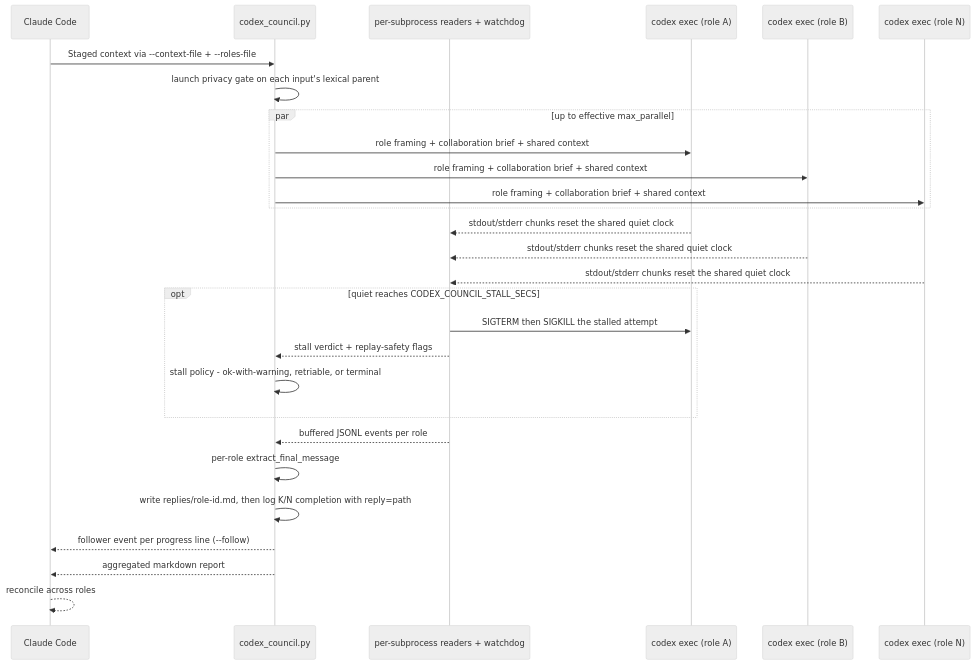
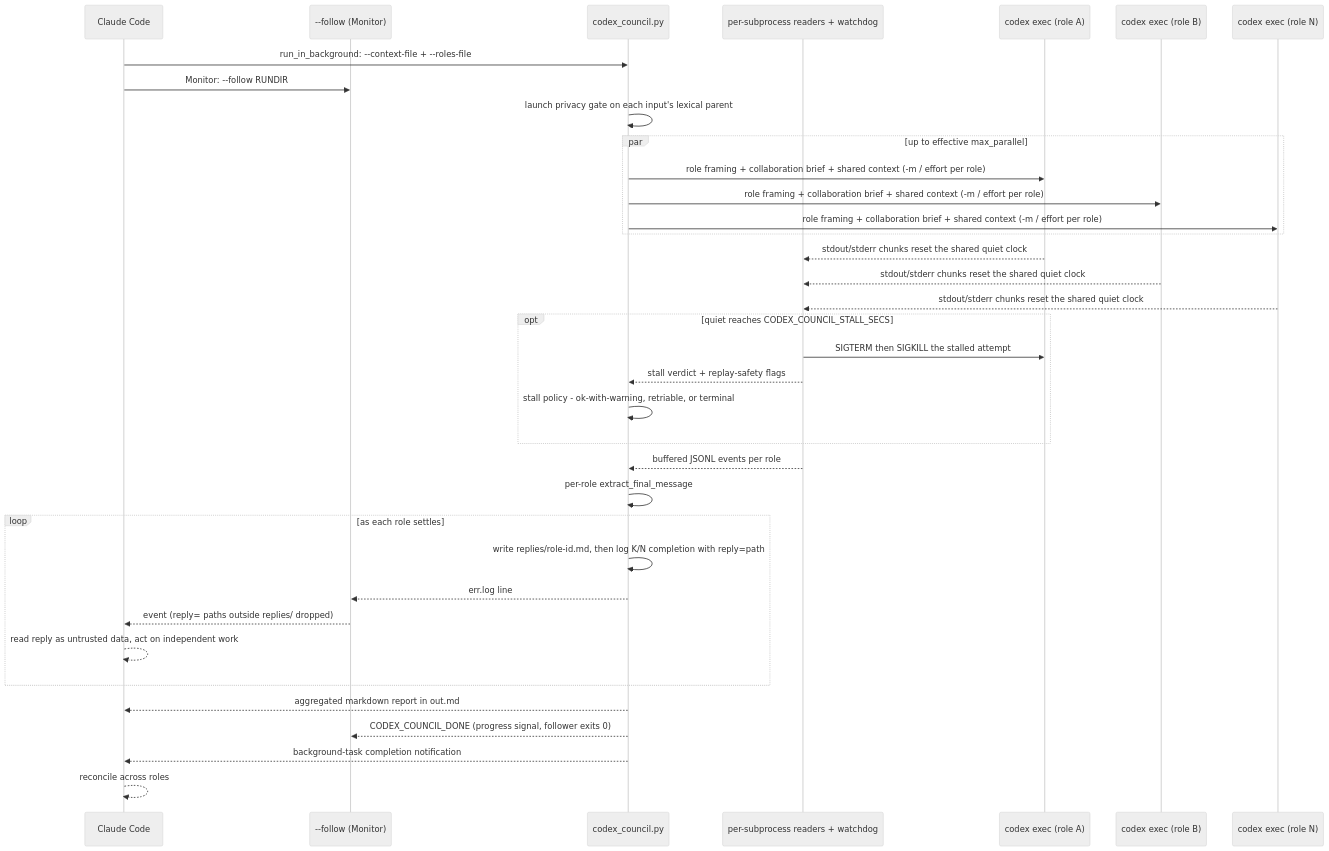
One commit to ehzawad/codex-council changed the first of 3 diagrams in DESIGN.md. Above: the diagram before and after it, drawn with Mermaid (neutral theme). The commit also changed other lines of this file and 1 other file, not shown here.

Commit message:
Refresh README/DESIGN diagrams for v0.10.0: follower, reply files, per-role model/effort, task-notification finalization

````diff
--- a/DESIGN.md
+++ b/DESIGN.md
@@ -122,31 +122,39 @@
 ```mermaid
 sequenceDiagram
     participant C as Claude Code
+    participant F as --follow (Monitor)
     participant T as codex_council.py
     participant R as per-subprocess readers + watchdog
     participant A as codex exec (role A)
     participant B as codex exec (role B)
     participant N as codex exec (role N)
 
-    C->>T: Staged context via --context-file + --roles-file
+    C->>T: run_in_background: --context-file + --roles-file
+    C->>F: Monitor: --follow RUNDIR
     T->>T: launch privacy gate on each input's lexical parent
     par up to effective max_parallel
-        T->>A: role framing + collaboration brief + shared context
-        T->>B: role framing + collaboration brief + shared context
-        T->>N: role framing + collaboration brief + shared context
+        T->>A: role framing + collaboration brief + shared context (-m / effort per role)
+        T->>B: role framing + collaboration brief + shared context (-m / effort per role)
+        T->>N: role framing + collaboration brief + shared context (-m / effort per role)
     end
     A-->>R: stdout/stderr chunks reset the shared quiet clock
     B-->>R: stdout/stderr chunks reset the shared quiet clock
     N-->>R: stdout/stderr chunks reset the shared quiet clock
     opt quiet reaches CODEX_COUNCIL_STALL_SECS
         R->>A: SIGTERM then SIGKILL the stalled attempt
         R-->>T: stall verdict + replay-safety flags
         T->>T: stall policy - ok-with-warning, retriable, or terminal
     end
     R-->>T: buffered JSONL events per role
     T->>T: per-role extract_final_message
-    T->>T: write replies/role-id.md, then log K/N completion with reply=path
-    T-->>C: follower event per progress line (--follow)
-    T-->>C: aggregated markdown report
+    loop as each role settles
+        T->>T: write replies/role-id.md, then log K/N completion with reply=path
+        T-->>F: err.log line
+        F-->>C: event (reply= paths outside replies/ dropped)
+        C-->>C: read reply as untrusted data, act on independent work
+    end
+    T-->>C: aggregated markdown report in out.md
+    T-->>F: CODEX_COUNCIL_DONE (progress signal, follower exits 0)
+    T-->>C: background-task completion notification
     C-->>C: reconcile across roles
 ```
````
